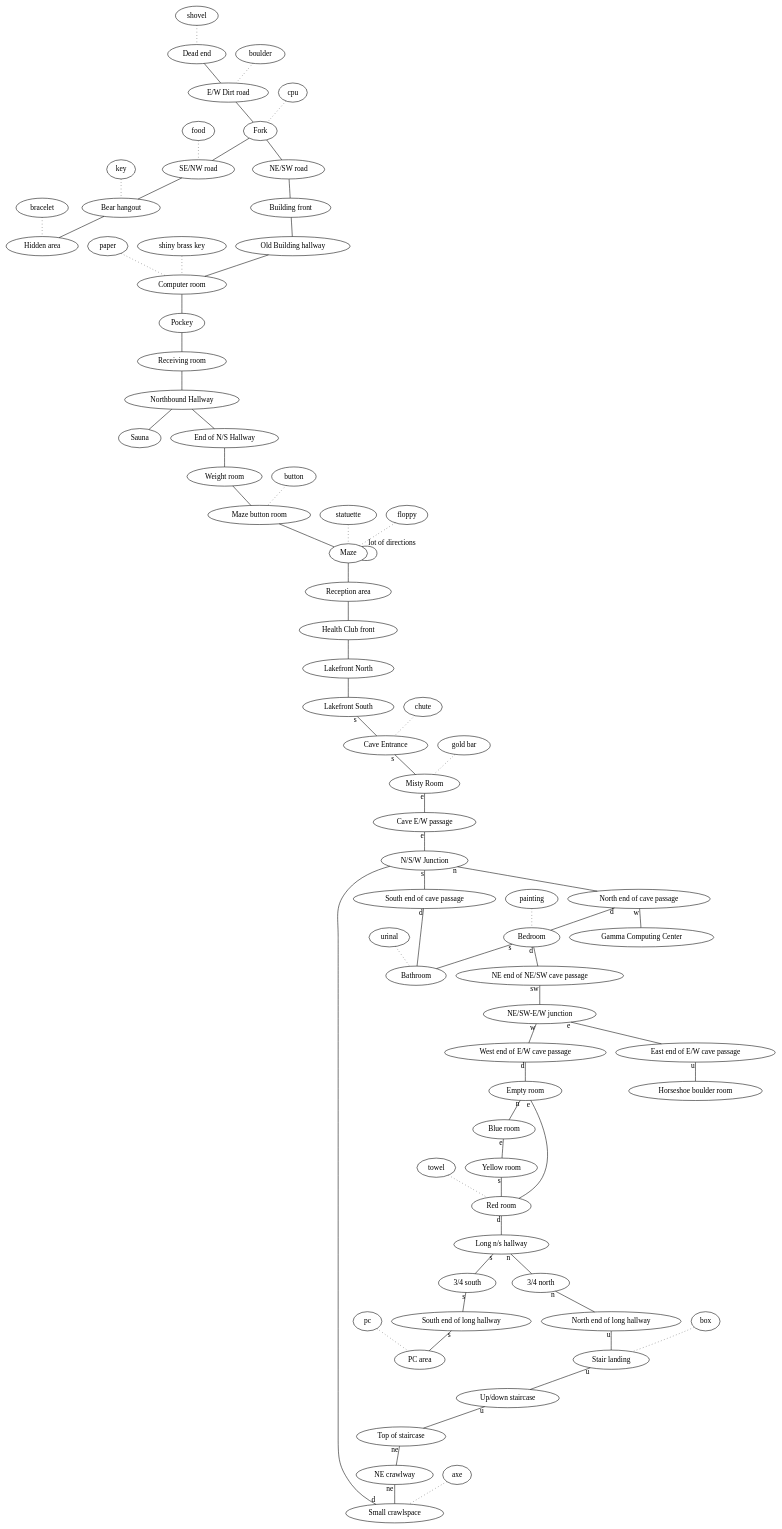
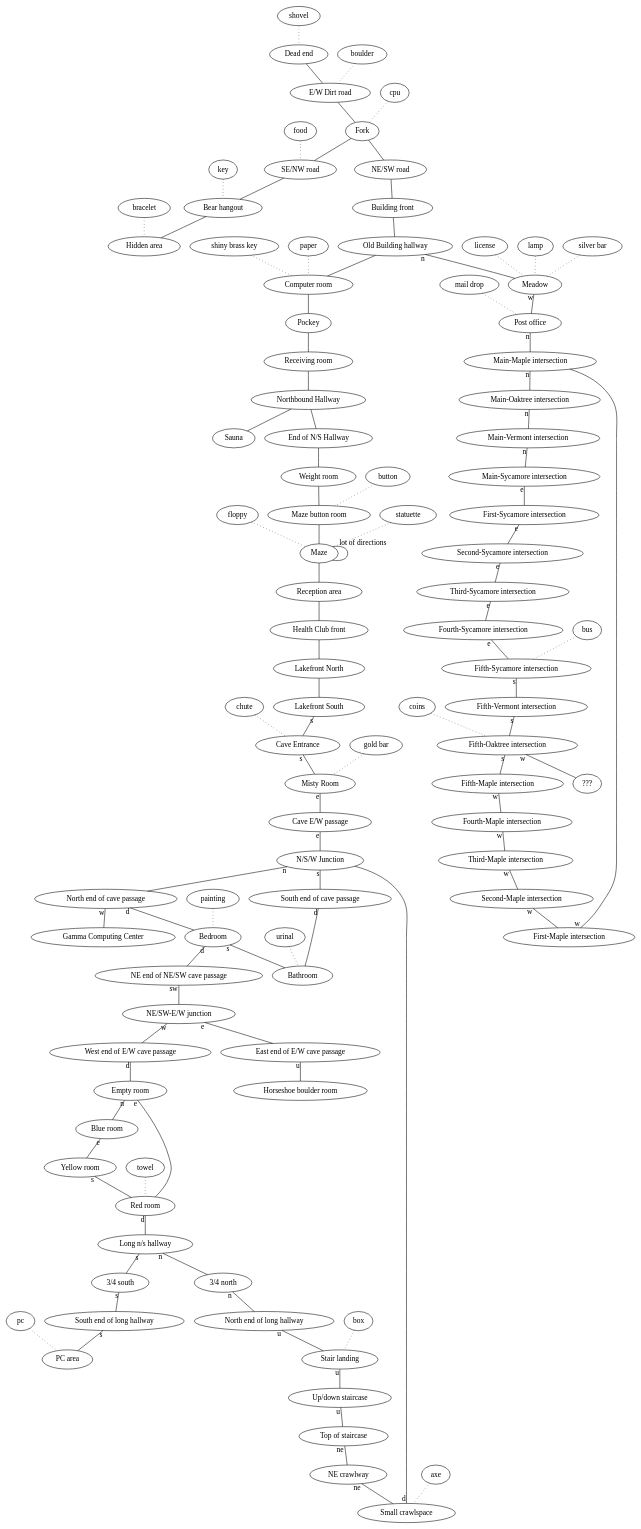
Before and after one commit to alvarogonzalezsotillo/.emacs.d: the diagram in dunnet.org, drawn with Graphviz. The commit also changed other lines of this file and 2 other files, not shown here.

```diff
--- a/dunnet.org
+++ b/dunnet.org
@@ -77,6 +77,38 @@
   "3/4 south" -> "South end of long hallway"[taillabel="s"]
   "South end of long hallway" -> "PC area" [taillabel="s"]  
   "pc" -> "PC area" [style="dotted"]
+
+  "Old Building hallway" -> "Meadow" [taillabel="n"]
+  "silver bar" -> "Meadow" [style="dotted"]
+  "license" -> "Meadow" [style="dotted"]
+  "lamp" -> "Meadow" [style="dotted"]
+
+  "Meadow" -> "Post office" [taillabel="w"]    
+  "mail drop" -> "Post office" [style="dotted"]
+  "Post office" -> "Main-Maple intersection" [taillabel="n"]    
+  "Main-Maple intersection" -> "Main-Oaktree intersection"  [taillabel="n"]    
+  "Main-Oaktree intersection" -> "Main-Vermont intersection" [taillabel="n"]    
+  "Main-Vermont intersection" -> "Main-Sycamore intersection"  [taillabel="n"]    
+  "Main-Sycamore intersection" -> "First-Sycamore intersection"   [taillabel="e"]    
+  "First-Sycamore intersection" -> "Second-Sycamore intersection"   [taillabel="e"]    
+  "Second-Sycamore intersection" -> "Third-Sycamore intersection"   [taillabel="e"]    
+  "Third-Sycamore intersection" -> "Fourth-Sycamore intersection"   [taillabel="e"]    
+  "Fourth-Sycamore intersection" -> "Fifth-Sycamore intersection"   [taillabel="e"]    
+
+  "Fifth-Sycamore intersection" -> "Fifth-Vermont intersection" [taillabel="s"]    
+  "bus" -> "Fifth-Sycamore intersection" [style="dotted"]
+
+  "Fifth-Vermont intersection" -> "Fifth-Oaktree intersection" [taillabel="s"]
+  "Fifth-Oaktree intersection" -> "???" [taillabel="w"]   
+  "coins" -> "Fifth-Oaktree intersection" [style="dotted"]
+  "Fifth-Oaktree intersection" -> "Fifth-Maple intersection" [taillabel="s"]    
+
+  "Fifth-Maple intersection" -> "Fourth-Maple intersection" [taillabel="w"] 
+  "Fourth-Maple intersection" -> "Third-Maple intersection" [taillabel="w"] 
+  "Third-Maple intersection" -> "Second-Maple intersection" [taillabel="w"] 
+  "Second-Maple intersection" -> "First-Maple intersection" [taillabel="w"] 
+  "First-Maple intersection" -> "Main-Maple intersection" [taillabel="w"] 
+ 
 }
 
 #+END_SRC
```
